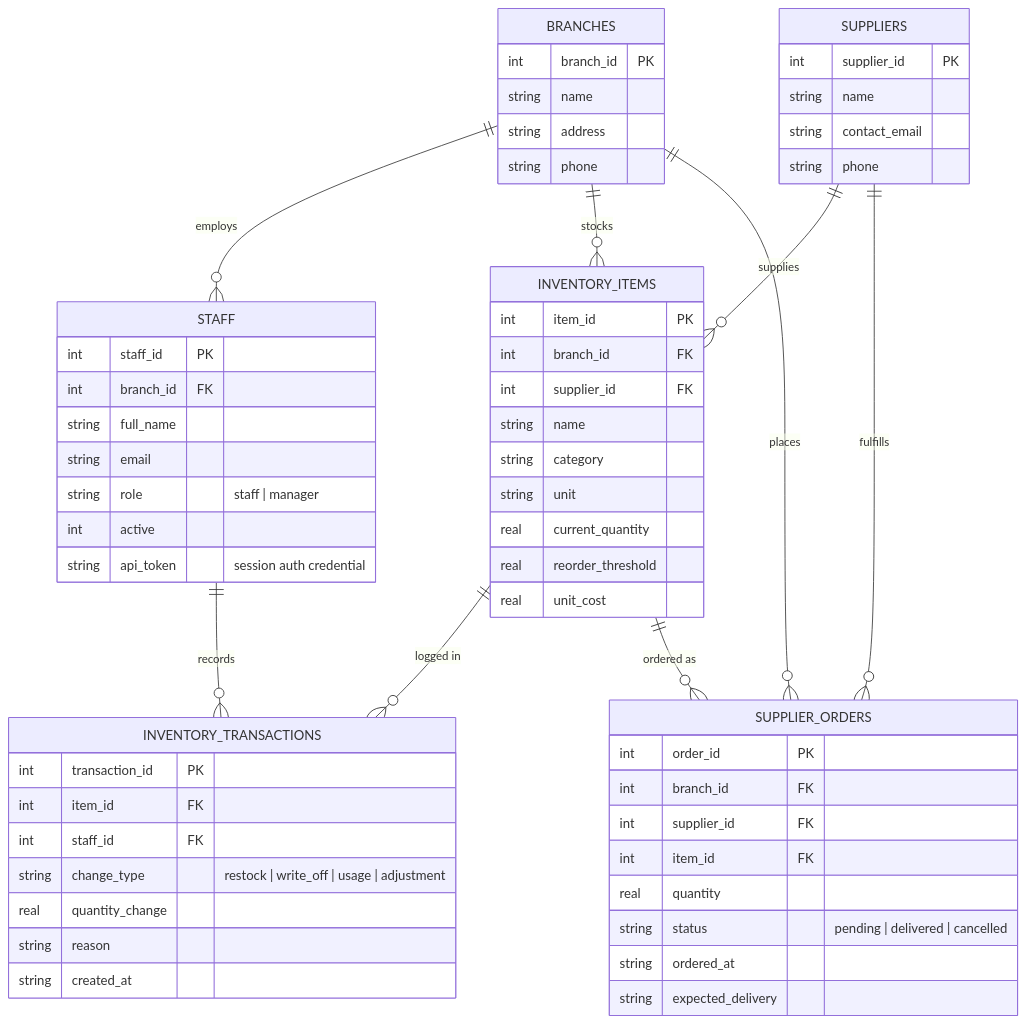
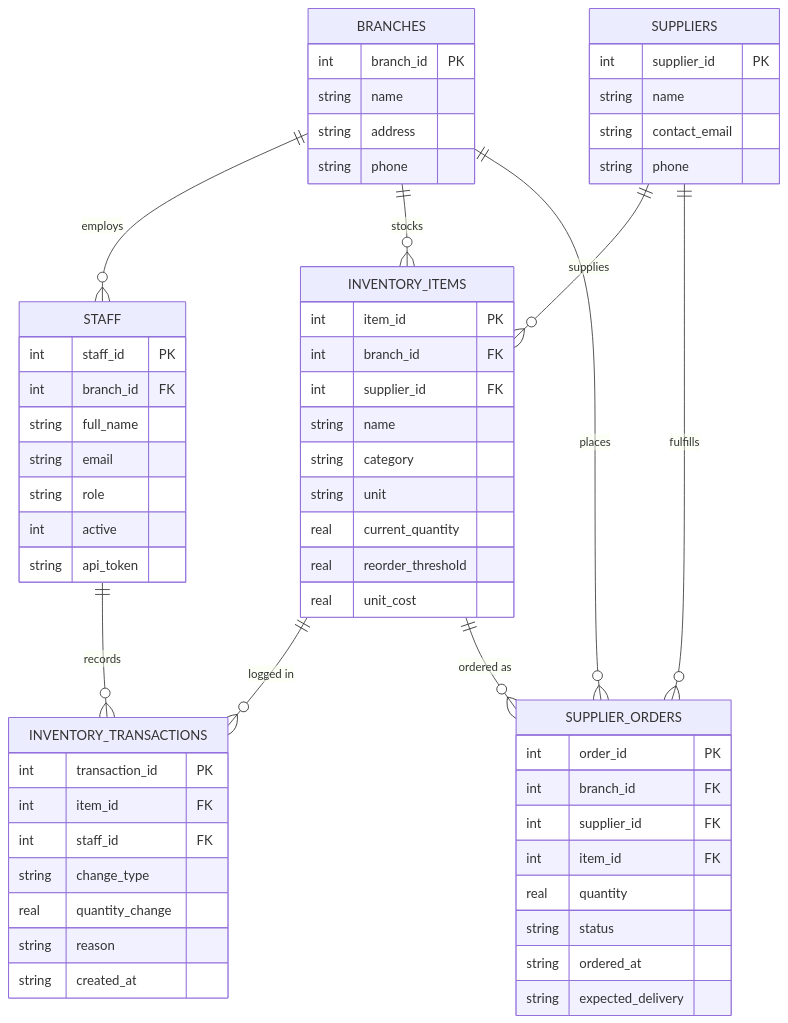
Before and after one commit to linayassin154/copperleaf-mcp: the diagram in db/ERD.mmd, drawn with Mermaid. The commit also changed other lines of this file, not shown here.

Commit message:
fixed rendering issue

````diff
--- a/db/ERD.mmd
+++ b/db/ERD.mmd
@@ -2,63 +1,61 @@
-```mermaid
 erDiagram
     BRANCHES ||--o{ STAFF : employs
     BRANCHES ||--o{ INVENTORY_ITEMS : stocks
     BRANCHES ||--o{ SUPPLIER_ORDERS : places
     SUPPLIERS ||--o{ INVENTORY_ITEMS : supplies
     SUPPLIERS ||--o{ SUPPLIER_ORDERS : fulfills
     INVENTORY_ITEMS ||--o{ INVENTORY_TRANSACTIONS : "logged in"
     INVENTORY_ITEMS ||--o{ SUPPLIER_ORDERS : "ordered as"
     STAFF ||--o{ INVENTORY_TRANSACTIONS : records
 
     BRANCHES {
         int branch_id PK
         string name
         string address
         string phone
     }
     STAFF {
         int staff_id PK
         int branch_id FK
         string full_name
         string email
-        string role "staff | manager"
+        string role
         int active
-        string api_token "session auth credential"
+        string api_token
     }
     SUPPLIERS {
         int supplier_id PK
         string name
         string contact_email
         string phone
     }
     INVENTORY_ITEMS {
         int item_id PK
         int branch_id FK
         int supplier_id FK
         string name
         string category
         string unit
         real current_quantity
         real reorder_threshold
         real unit_cost
     }
     INVENTORY_TRANSACTIONS {
         int transaction_id PK
         int item_id FK
         int staff_id FK
-        string change_type "restock | write_off | usage | adjustment"
+        string change_type
         real quantity_change
         string reason
         string created_at
     }
     SUPPLIER_ORDERS {
         int order_id PK
         int branch_id FK
         int supplier_id FK
         int item_id FK
         real quantity
-        string status "pending | delivered | cancelled"
+        string status
         string ordered_at
         string expected_delivery
     }
-```
````
